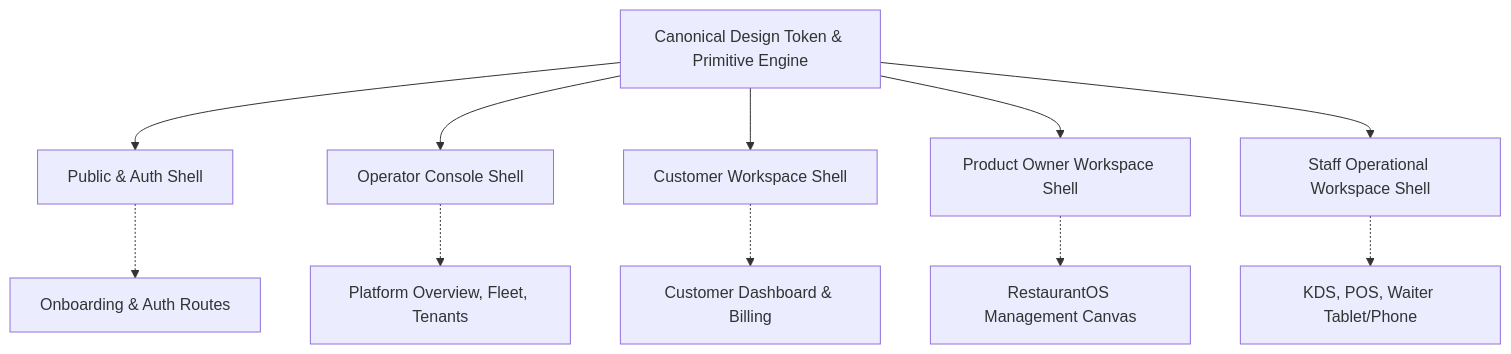
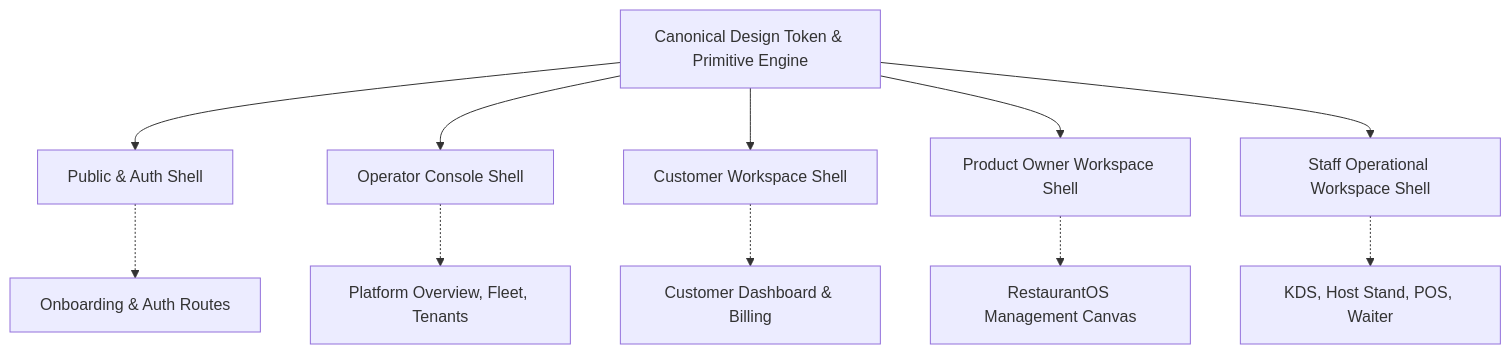
One commit to Nikhil-ig/OrbitoX-Platform changed the diagram in docs/ui-reset/phase-7b2/04_PERSONA_SHELL_CONTRACTS.md. Above: the diagram before and after it, drawn with Mermaid. The commit also changed other lines of this file and 6 other files, not shown here.

````diff
--- a/docs/ui-reset/phase-7b2/04_PERSONA_SHELL_CONTRACTS.md
+++ b/docs/ui-reset/phase-7b2/04_PERSONA_SHELL_CONTRACTS.md
@@ -26,14 +25,14 @@
 ```mermaid
 graph TD
     SharedEngine[Canonical Design Token & Primitive Engine] --> PS1[Public & Auth Shell]
     SharedEngine --> PS2[Operator Console Shell]
     SharedEngine --> PS3[Customer Workspace Shell]
     SharedEngine --> PS4[Product Owner Workspace Shell]
     SharedEngine --> PS5[Staff Operational Workspace Shell]
 
     PS1 -.-> F1F5[Onboarding & Auth Routes]
     PS2 -.-> ConsoleRoutes[Platform Overview, Fleet, Tenants]
     PS3 -.-> CustomerPortal[Customer Dashboard & Billing]
     PS4 -.-> RestOS[RestaurantOS Management Canvas]
-    PS5 -.-> TouchSurfaces[KDS, POS, Waiter Tablet/Phone]
+    PS5 -.-> TouchSurfaces[KDS, Host Stand, POS, Waiter]
 ```
````
